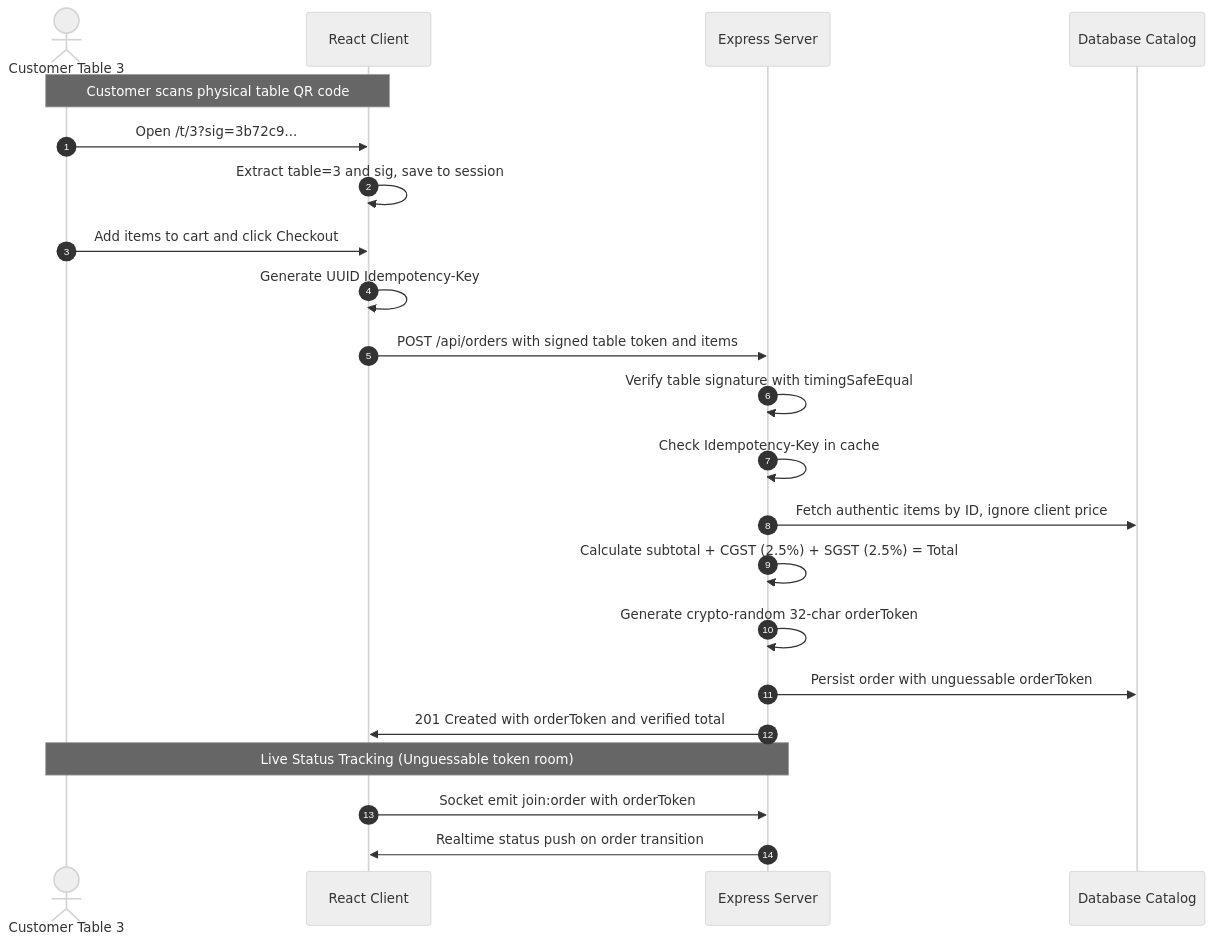
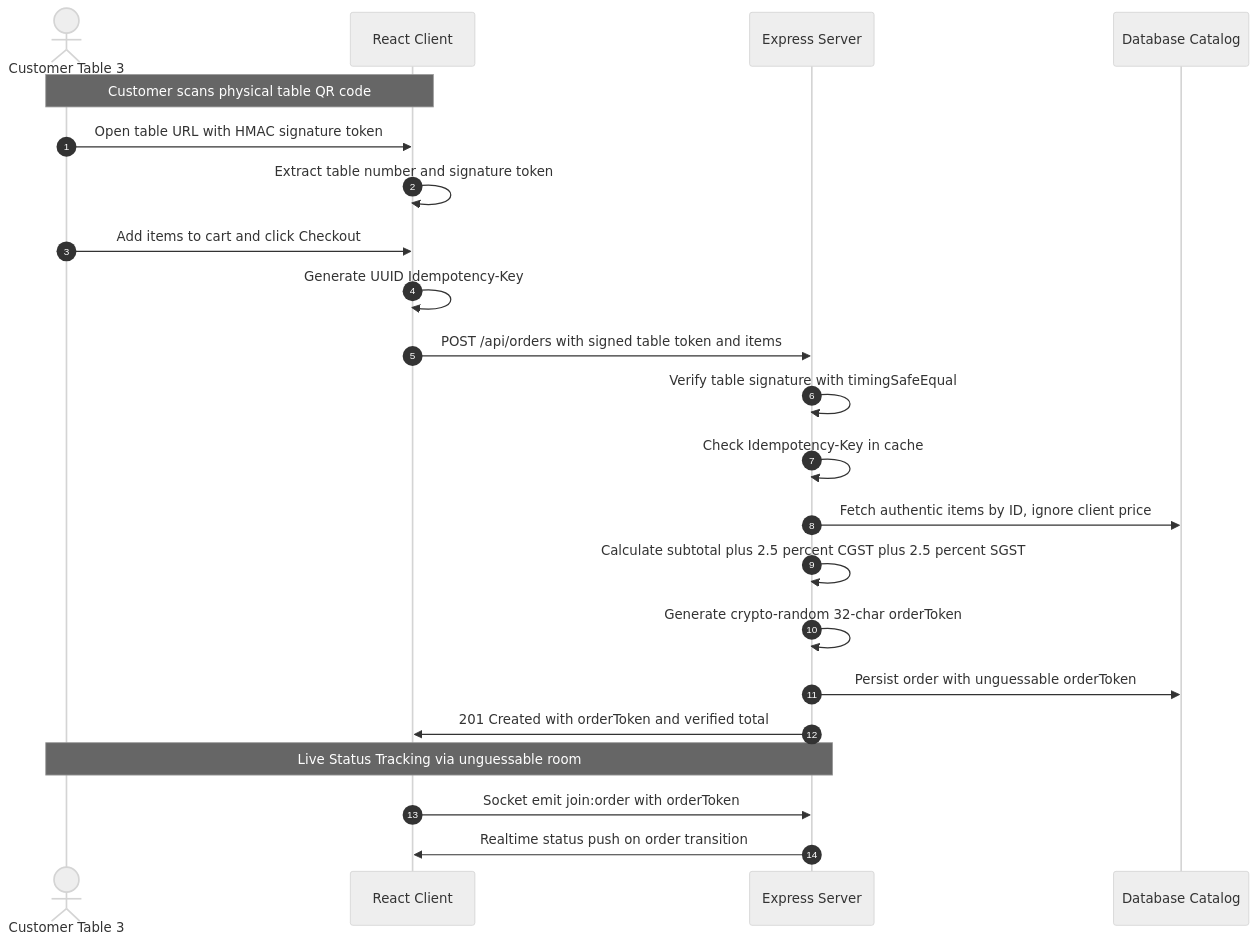
The second of 6 diagrams in README.md (Anu7276/CAFE_MANAGEMENT_SYSTEM), drawn with Mermaid (neutral theme) before and after one commit. The commit also changed other lines of this file, not shown here.

Commit message:
docs(readme): sanitize mermaid sequence and flowchart syntax for github renderer

````diff
--- a/README.md
+++ b/README.md
@@ -105,27 +105,27 @@
 ```mermaid
 sequenceDiagram
     autonumber
     actor Customer as Customer Table 3
     participant Client as React Client
     participant Server as Express Server
     participant DB as Database Catalog
 
     Note over Customer,Client: Customer scans physical table QR code
-    Customer->>Client: Open /t/3?sig=3b72c9...
-    Client->>Client: Extract table=3 and sig, save to session
+    Customer->>Client: Open table URL with HMAC signature token
+    Client->>Client: Extract table number and signature token
     Customer->>Client: Add items to cart and click Checkout
     Client->>Client: Generate UUID Idempotency-Key
     Client->>Server: POST /api/orders with signed table token and items
     
     Server->>Server: Verify table signature with timingSafeEqual
     Server->>Server: Check Idempotency-Key in cache
     Server->>DB: Fetch authentic items by ID, ignore client price
-    Server->>Server: Calculate subtotal + CGST (2.5%) + SGST (2.5%) = Total
+    Server->>Server: Calculate subtotal plus 2.5 percent CGST plus 2.5 percent SGST
     Server->>Server: Generate crypto-random 32-char orderToken
     Server->>DB: Persist order with unguessable orderToken
     Server->>Client: 201 Created with orderToken and verified total
     
-    Note over Customer,Server: Live Status Tracking (Unguessable token room)
+    Note over Customer,Server: Live Status Tracking via unguessable room
     Client->>Server: Socket emit join:order with orderToken
     Server->>Client: Realtime status push on order transition
 ```
````
